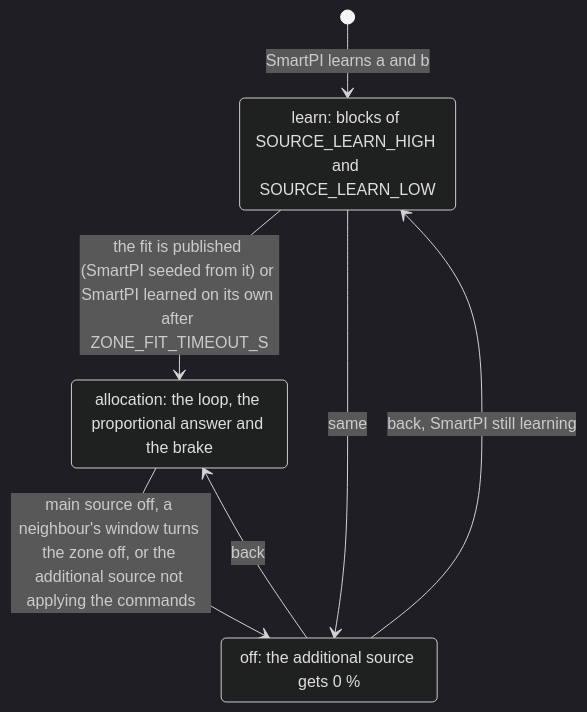
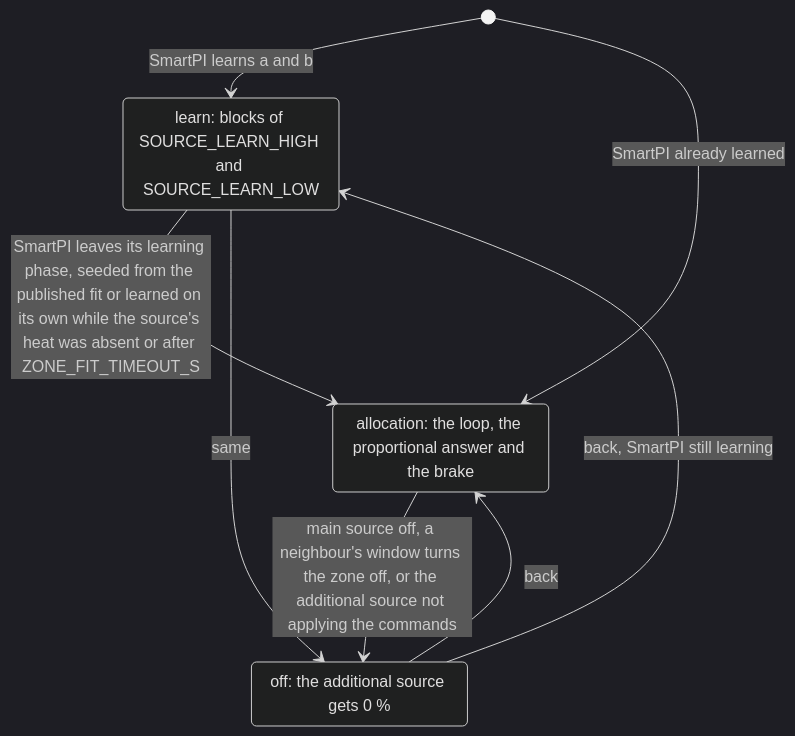
One commit to Shadow-230/vtherm_smartpi changed the sixth of 11 diagrams in documentation/en/zone_dependencies.md. Above: the diagram before and after it, drawn with Mermaid (dark theme). The commit also changed other lines of this file and 8 other files, not shown here.

````diff
--- a/documentation/en/zone_dependencies.md
+++ b/documentation/en/zone_dependencies.md
@@ -495,13 +520,14 @@
 ```mermaid
 stateDiagram-v2
     state "learn: blocks of SOURCE_LEARN_HIGH and SOURCE_LEARN_LOW" as Learn
     state "allocation: the loop, the proportional answer and the brake" as Allocation
     state "off: the additional source gets 0 %" as Off
 
     [*] --> Learn: SmartPI learns a and b
-    Learn --> Allocation: the fit is published (SmartPI seeded from it) or SmartPI learned on its own after ZONE_FIT_TIMEOUT_S
+    [*] --> Allocation: SmartPI already learned
+    Learn --> Allocation: SmartPI leaves its learning phase, seeded from the published fit or learned on its own while the source's heat was absent or after ZONE_FIT_TIMEOUT_S
     Allocation --> Off: main source off, a neighbour's window turns the zone off, or the additional source not applying the commands
     Learn --> Off: same
     Off --> Learn: back, SmartPI still learning
     Off --> Allocation: back
 ```
````
